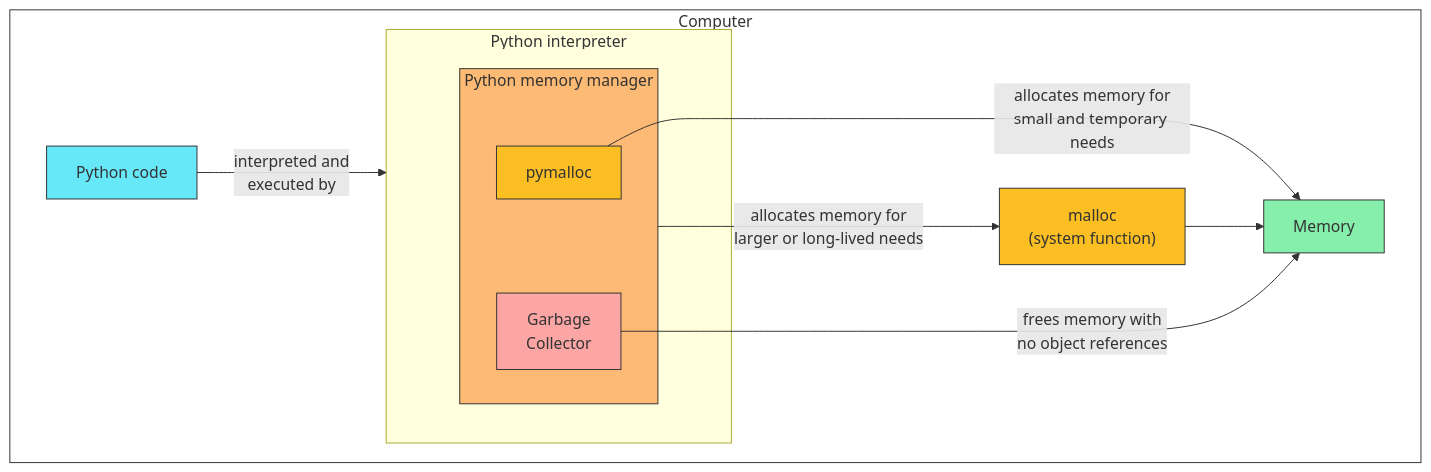
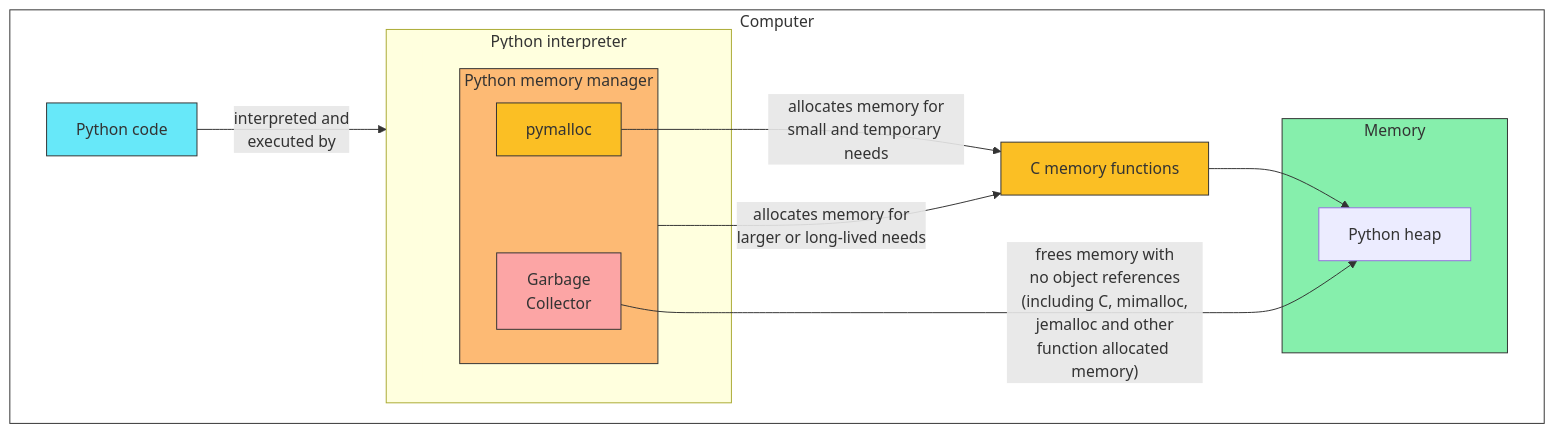
Before and after one commit to CU-DBMI/demo-python-memory-reference-accounting: diagram 11 of 11 in README.md, drawn with Mermaid. The commit also changed other lines of this file, not shown here.

````diff
--- a/README.md
+++ b/README.md
@@ -392,33 +454,35 @@
 ```mermaid
 flowchart LR
 
 subgraph computer ["Computer"]
   direction LR
-  memory["Memory"]
+  subgraph memory["Memory"]
+    pyheap["Python heap"]
+  end
   code["Python code"]
-  malloc["malloc\n(system function)"]
+  malloc["C memory functions"]
   subgraph interpreter ["Python interpreter"]
     subgraph spacer [" "]
         subgraph mgr ["Python memory manager"]
             pymalloc["pymalloc"]
             gc["Garbage\nCollector"]
         end
     end
   end
 end
 
 code --> |interpreted and\nexecuted by| interpreter
-pymalloc --> |"allocates memory for\nsmall and temporary needs"| memory
+pymalloc --> |"allocates memory for\nsmall and temporary needs"| malloc
 mgr --> |"allocates memory for\nlarger or long-lived needs"| malloc
-malloc --> memory
-gc --> |frees memory with\nno object references| memory
+malloc --> pyheap
+gc --> |"frees memory with\nno object references\n(including C, mimalloc,\n jemalloc and other \nfunction allocated memory)"| pyheap
 
 style computer fill:#fff,stroke:#333
 style memory fill:#86EFAC,stroke:#333
 style code fill:#67E8F9,stroke:#333;
 style mgr fill:#FDBA74,stroke:#333;
 style pymalloc fill:#FBBF24,stroke:#333;
 style malloc fill:#FBBF24,stroke:#333;
 style gc fill:#FCA5A5,stroke:#333;
 style spacer stroke:none;
 ```
````
